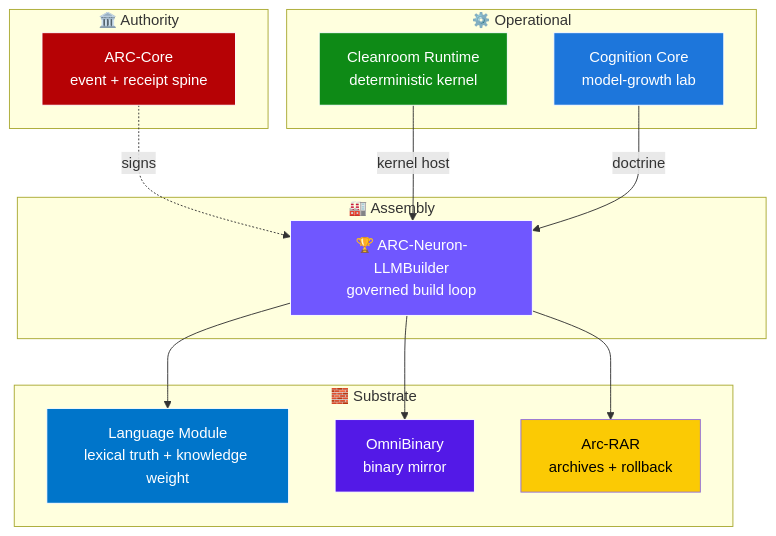
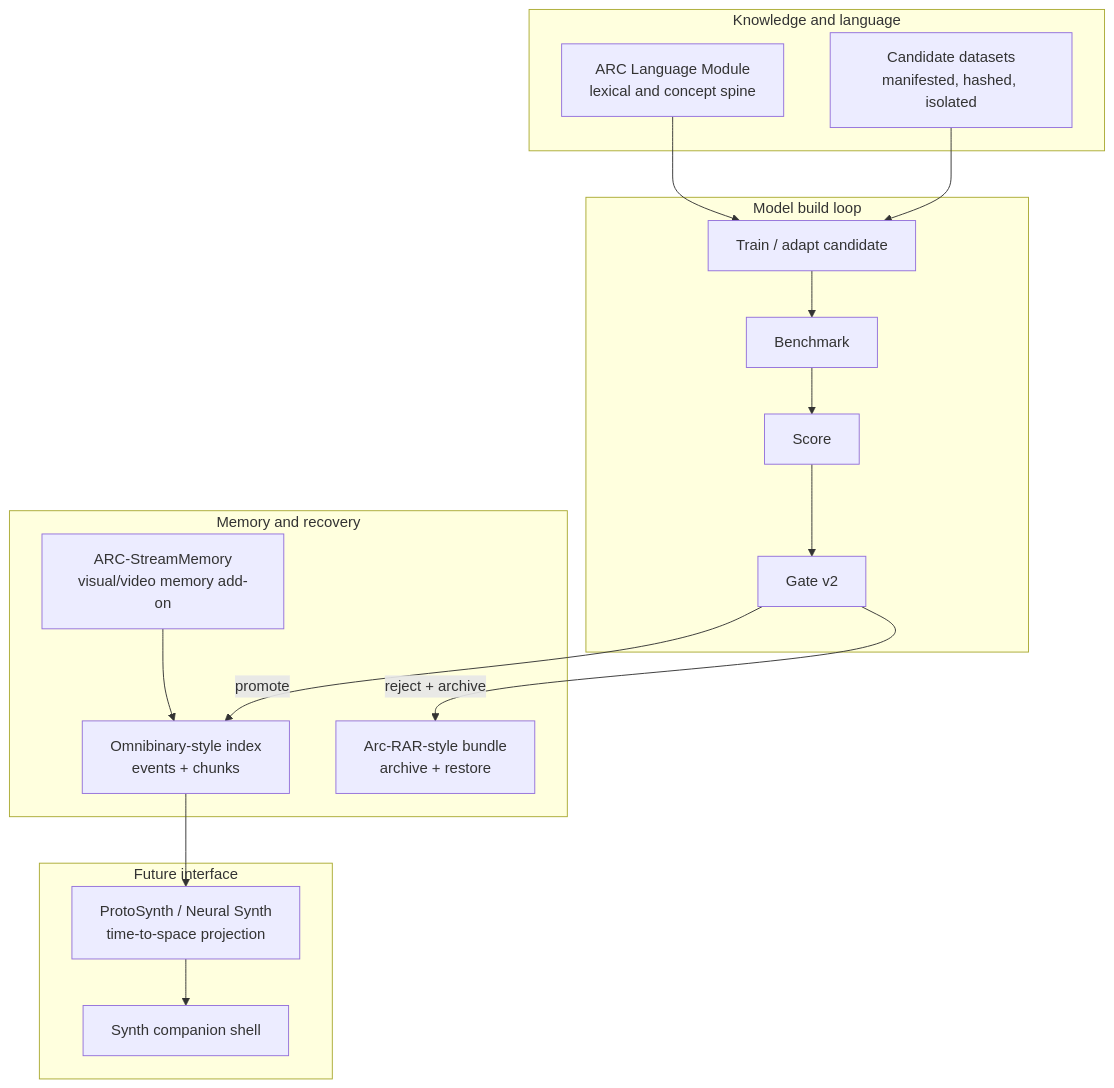
Before and after one commit to GareBear99/ARC-Neuron-LLMBuilder: the diagram in README.md, drawn with Mermaid. The commit also changed other lines of this file and 7 other files, not shown here.

````diff
--- a/README.md
+++ b/README.md
@@ -282,33 +153,33 @@
 ```mermaid
 flowchart TB
-    subgraph authority ["🏛️ Authority"]
-        AC[ARC-Core<br/>event + receipt spine]
-    end
-    subgraph ops ["⚙️ Operational"]
-        CR[Cleanroom Runtime<br/>deterministic kernel]
-        CC[Cognition Core<br/>model-growth lab]
-    end
-    subgraph assembly ["🏭 Assembly"]
-        LLM[🏆 ARC-Neuron-LLMBuilder<br/>governed build loop]
-    end
-    subgraph substrate ["🧱 Substrate"]
-        LM[Language Module<br/>lexical truth + knowledge weight]
-        OB[OmniBinary<br/>binary mirror]
-        AR[Arc-RAR<br/>archives + rollback]
+    subgraph knowledge["Knowledge and language"]
+        LM[ARC Language Module\nlexical and concept spine]
+        DATA[Candidate datasets\nmanifested, hashed, isolated]
     end
 
-    AC -.signs.-> LLM
-    CR -->|kernel host| LLM
-    CC -->|doctrine| LLM
-    LLM --> LM
-    LLM --> OB
-    LLM --> AR
+    subgraph build["Model build loop"]
+        TRAIN[Train / adapt candidate]
+        BENCH[Benchmark]
+        SCORE[Score]
+        GATE[Gate v2]
+    end
 
-    style LLM fill:#7057ff,stroke:#fff,color:#fff
-    style AC fill:#b60205,stroke:#fff,color:#fff
-    style CR fill:#0e8a16,stroke:#fff,color:#fff
-    style CC fill:#1d76db,stroke:#fff,color:#fff
-    style LM fill:#0075ca,stroke:#fff,color:#fff
-    style OB fill:#5319e7,stroke:#fff,color:#fff
-    style AR fill:#fbca04,color:#000
+    subgraph memory["Memory and recovery"]
+        OB[Omnibinary-style index\nevents + chunks]
+        AR[Arc-RAR-style bundle\narchive + restore]
+        SM[ARC-StreamMemory\nvisual/video memory add-on]
+    end
+
+    subgraph interface["Future interface"]
+        NS[ProtoSynth / Neural Synth\ntime-to-space projection]
+        COMP[Synth companion shell]
+    end
+
+    LM --> TRAIN
+    DATA --> TRAIN
+    TRAIN --> BENCH --> SCORE --> GATE
+    GATE -->|promote| OB
+    GATE -->|reject + archive| AR
+    SM --> OB
+    OB --> NS --> COMP
 ```
````
